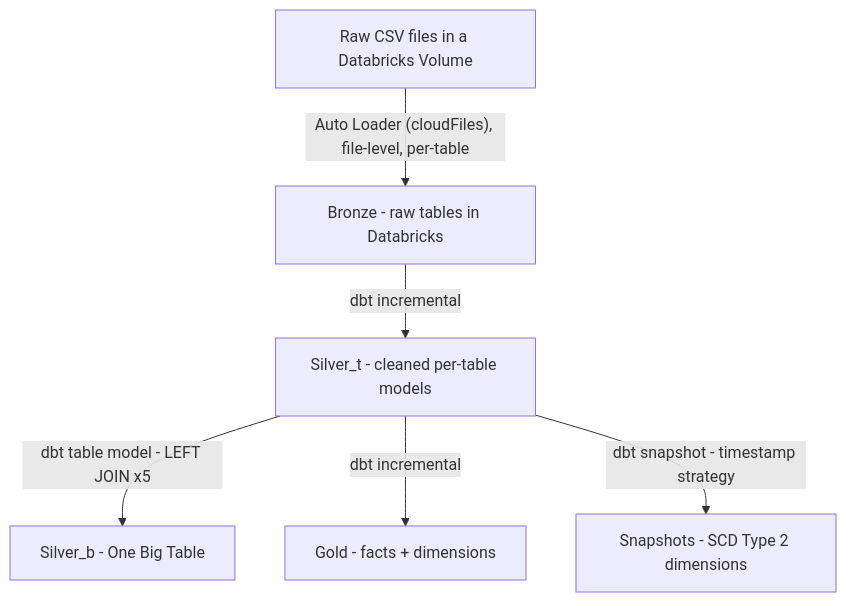
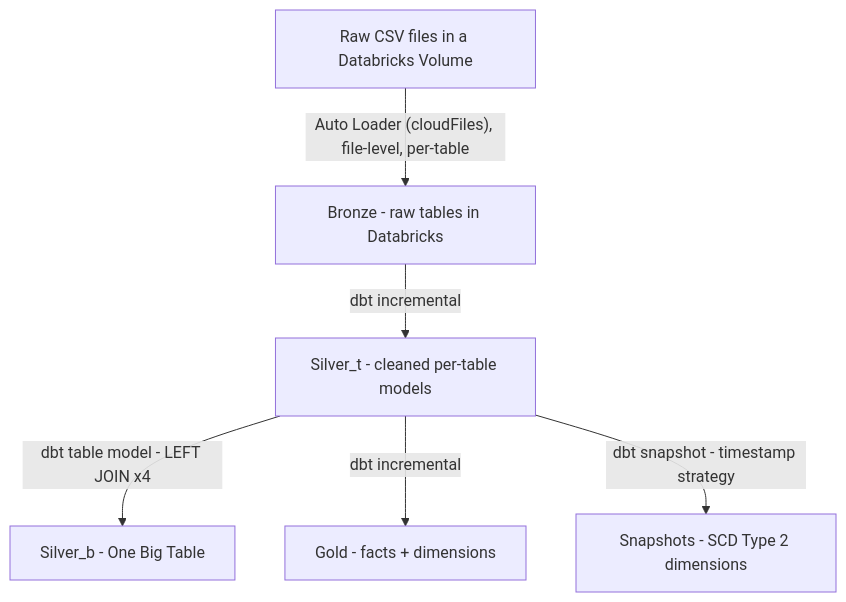
The diagram in README.md (chao797Adam/walmart_case), drawn with Mermaid before and after one commit. The commit also changed other lines of this file and 2 other files, not shown here.

````diff
--- a/README.md
+++ b/README.md
@@ -24,8 +24,8 @@
 ```mermaid
 flowchart TD
     A["Raw CSV files in a Databricks Volume"] -->|"Auto Loader (cloudFiles), file-level, per-table"| B["Bronze - raw tables in Databricks"]
     B -->|"dbt incremental"| C["Silver_t - cleaned per-table models"]
-    C -->|"dbt table model - LEFT JOIN x5"| D["Silver_b - One Big Table"]
+    C -->|"dbt table model - LEFT JOIN x4"| D["Silver_b - One Big Table"]
     C -->|"dbt incremental"| E["Gold - facts + dimensions"]
     C -->|"dbt snapshot - timestamp strategy"| F["Snapshots - SCD Type 2 dimensions"]
 ```
````
